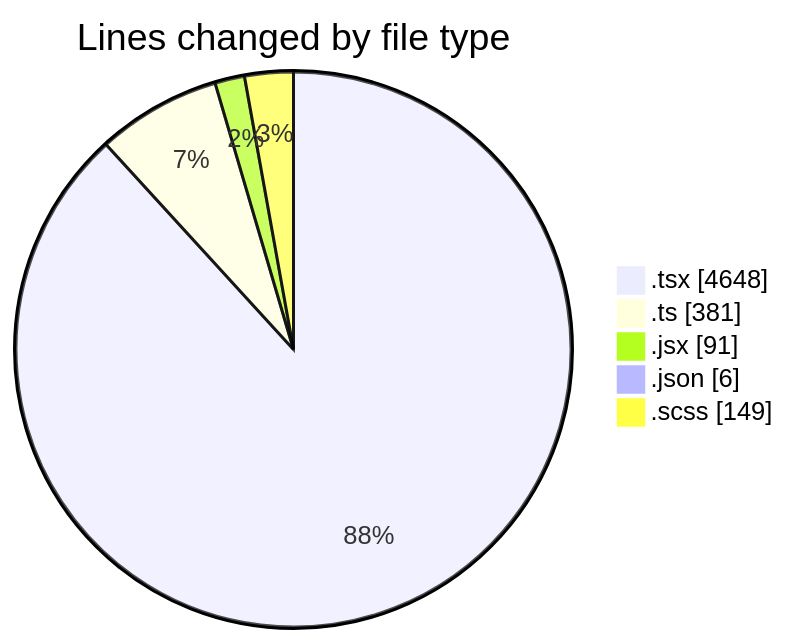
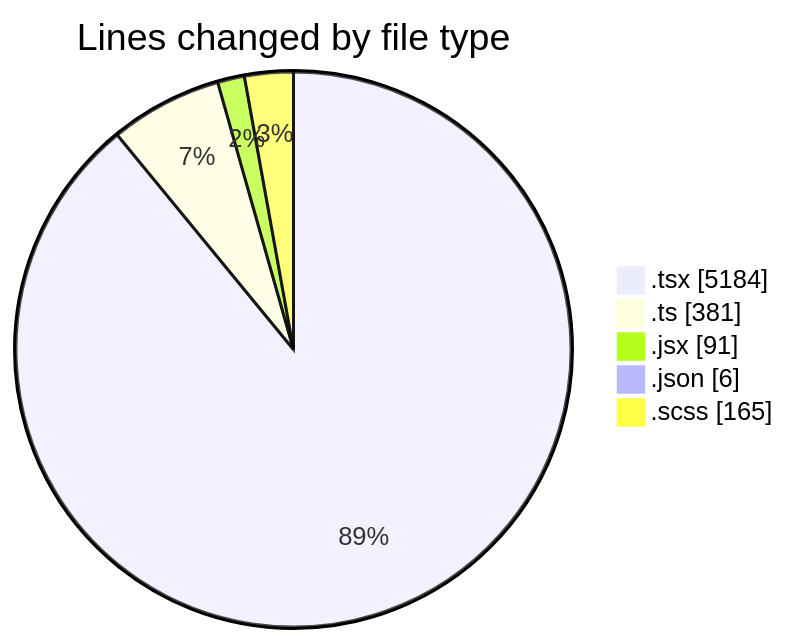
One commit to momahboobian/code-tracking changed the first of 2 diagrams in 2026-04-27/cda/README.md. Above: the diagram before and after it, drawn with Mermaid. The commit also changed other lines of this file and 1 other file, not shown here.

````diff
--- a/2026-04-27/cda/README.md
+++ b/2026-04-27/cda/README.md
@@ -41,9 +42,9 @@
 ```mermaid
 pie showData
 title Lines changed by file type
-".tsx" : 4648
+".tsx" : 5184
 ".ts" : 381
 ".jsx" : 91
 ".json" : 6
-".scss" : 149
+".scss" : 165
 ```
````
